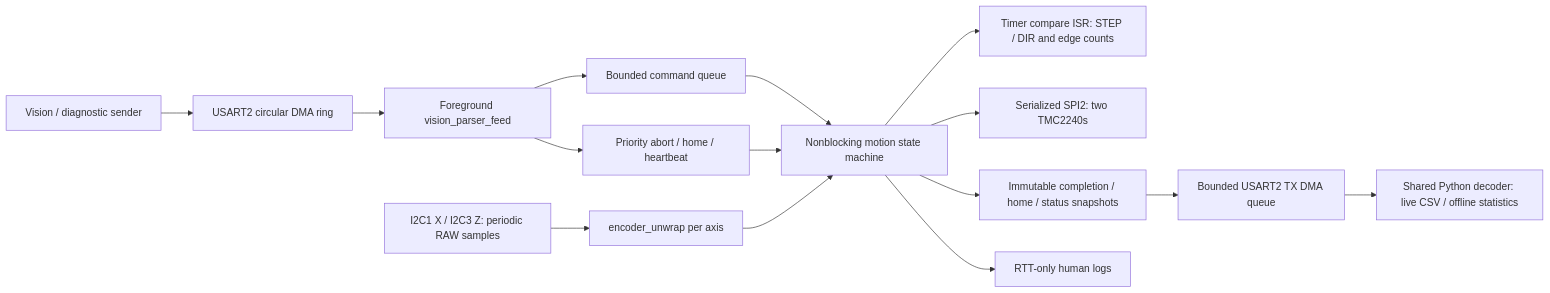
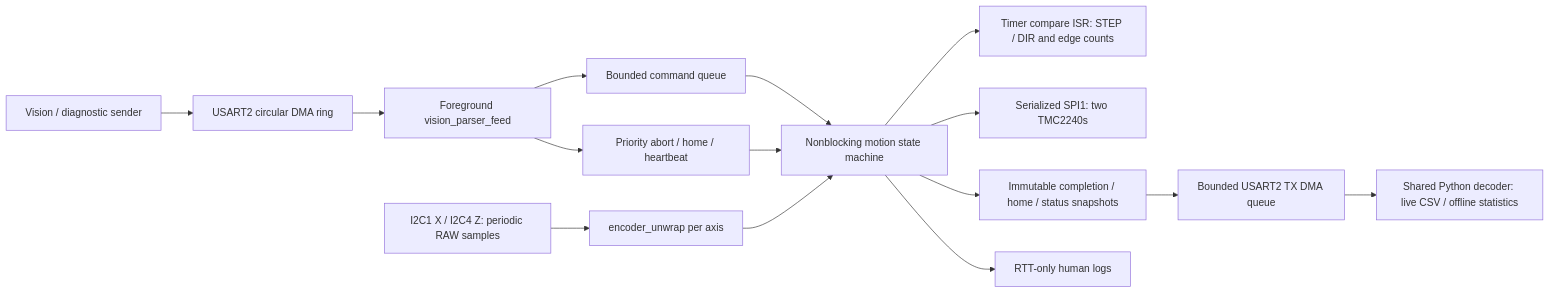
One commit to MorisSintong/XZ-Manipulator-Controls changed the diagram in docs/architecture/motion_diagnostics_design.md. Above: the diagram before and after it, drawn with Mermaid. The commit also changed other lines of this file and 37 other files, not shown here.

````diff
--- a/docs/architecture/motion_diagnostics_design.md
+++ b/docs/architecture/motion_diagnostics_design.md
@@ -9,17 +9,17 @@
 ```mermaid
 flowchart LR
     PC[Vision / diagnostic sender] --> RX[USART2 circular DMA ring]
     RX --> P[Foreground vision_parser_feed]
     P --> Q[Bounded command queue]
     P --> STOP[Priority abort / home / heartbeat]
     Q --> M[Nonblocking motion state machine]
     STOP --> M
     M --> TIM[Timer compare ISR: STEP / DIR and edge counts]
-    M --> SPI[Serialized SPI2: two TMC2240s]
-    I2C[I2C1 X / I2C3 Z: periodic RAW samples] --> U[encoder_unwrap per axis]
+    M --> SPI[Serialized SPI1: two TMC2240s]
+    I2C[I2C1 X / I2C4 Z: periodic RAW samples] --> U[encoder_unwrap per axis]
     U --> M
     M --> R[Immutable completion / home / status snapshots]
     R --> TX[Bounded USART2 TX DMA queue]
     TX --> H[Shared Python decoder: live CSV / offline statistics]
     M --> RTT[RTT-only human logs]
 ```
````
